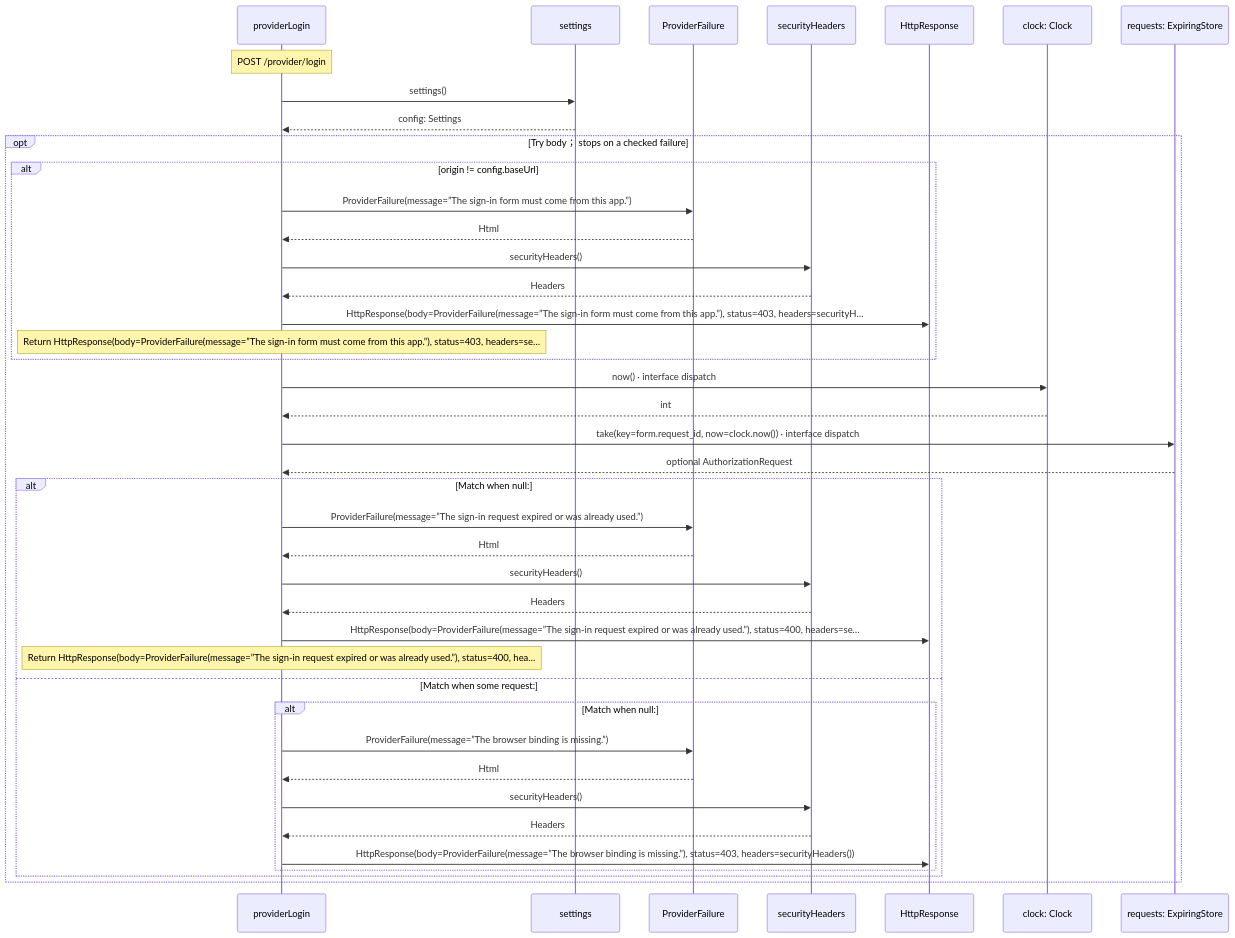
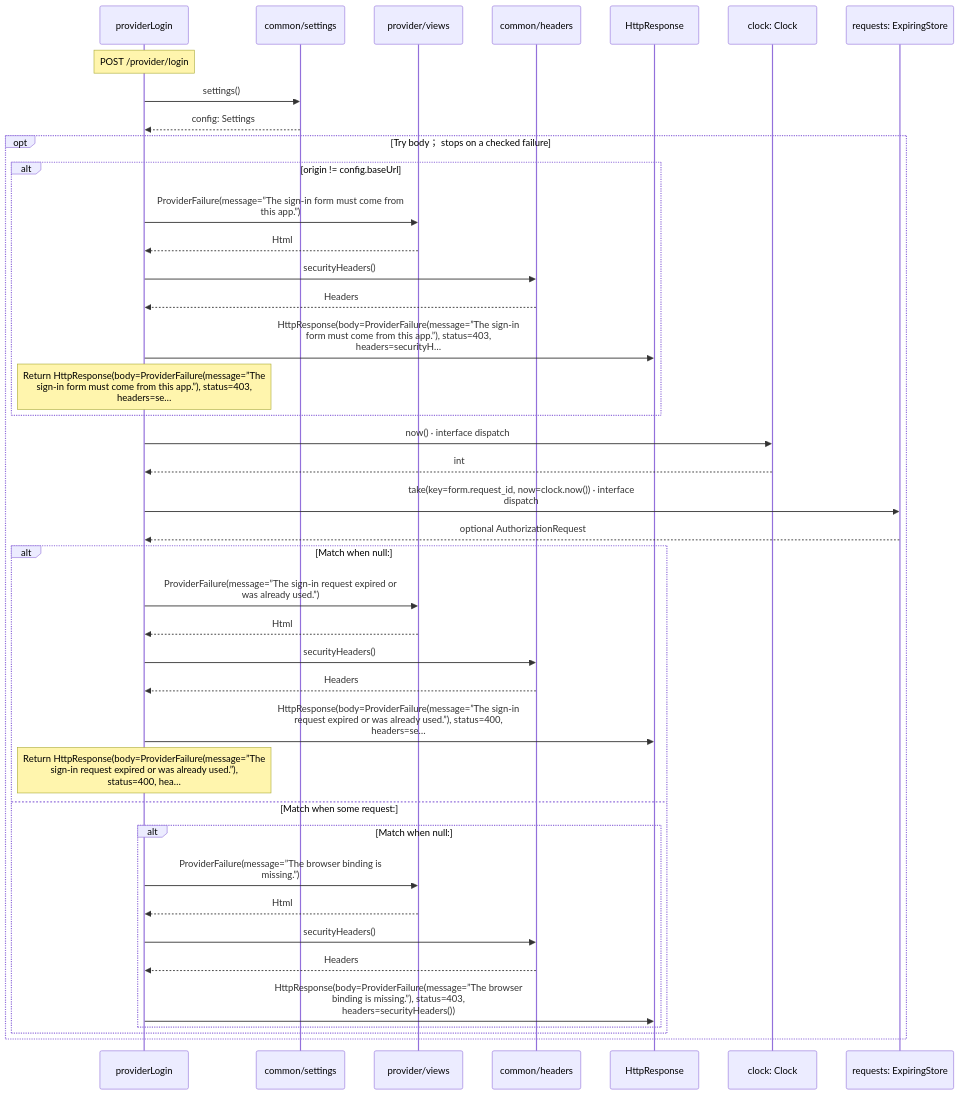
One commit to GreenPandaStudios/augscript changed the sixth of 9 diagrams in docs/examples/oidc-login/provider/authorization-diagrams.md. Above: the diagram before and after it, drawn with Mermaid. The commit also changed other lines of this file and 200 other files, not shown here.

Commit message:
Group imported operations and wrap readable sequence messages

````diff
--- a/docs/examples/oidc-login/provider/authorization-diagrams.md
+++ b/docs/examples/oidc-login/provider/authorization-diagrams.md
@@ -238,43 +229,43 @@
 ```mermaid
 sequenceDiagram
     participant p0 as providerLogin
-    participant p1 as settings
-    participant p2 as ProviderFailure
-    participant p3 as securityHeaders
+    participant p1 as common/settings
+    participant p2 as provider/views
+    participant p3 as common/headers
     participant p4 as HttpResponse
     participant p5 as clock: Clock
     participant p6 as requests: ExpiringStore
     Note over p0: POST /provider/login
     p0->>p1: settings()
     p1-->>p0: config: Settings
     opt Try body； stops on a checked failure
     alt origin != config.baseUrl
-    p0->>p2: ProviderFailure(message=”The sign-in form must come from this app.”)
+    p0->>p2: ProviderFailure(message=”The sign-in form must come from<br/>this app.”)
     p2-->>p0: Html
     p0->>p3: securityHeaders()
     p3-->>p0: Headers
-    p0->>p4: HttpResponse(body=ProviderFailure(message=”The sign-in form must come from this app.”), status=403, headers=securityH…
-    Note over p0: Return HttpResponse(body=ProviderFailure(message=”The sign-in form must come from this app.”), status=403, headers=se…
+    p0->>p4: HttpResponse(body=ProviderFailure(message=”The sign-in<br/>form must come from this app.”), status=403,<br/>headers=securityH…
+    Note over p0: Return HttpResponse(body=ProviderFailure(message=”The<br/>sign-in form must come from this app.”), status=403,<br/>headers=se…
     end
     p0->>p5: now() · interface dispatch
     p5-->>p0: int
-    p0->>p6: take(key=form.request_id, now=clock.now()) · interface dispatch
+    p0->>p6: take(key=form.request_id, now=clock.now()) · interface<br/>dispatch
     p6-->>p0: optional AuthorizationRequest
     alt Match when null:
-    p0->>p2: ProviderFailure(message=”The sign-in request expired or was already used.”)
+    p0->>p2: ProviderFailure(message=”The sign-in request expired or<br/>was already used.”)
     p2-->>p0: Html
     p0->>p3: securityHeaders()
     p3-->>p0: Headers
-    p0->>p4: HttpResponse(body=ProviderFailure(message=”The sign-in request expired or was already used.”), status=400, headers=se…
-    Note over p0: Return HttpResponse(body=ProviderFailure(message=”The sign-in request expired or was already used.”), status=400, hea…
+    p0->>p4: HttpResponse(body=ProviderFailure(message=”The sign-in<br/>request expired or was already used.”), status=400,<br/>headers=se…
+    Note over p0: Return HttpResponse(body=ProviderFailure(message=”The<br/>sign-in request expired or was already used.”),<br/>status=400, hea…
     else Match when some request:
     alt Match when null:
-    p0->>p2: ProviderFailure(message=”The browser binding is missing.”)
+    p0->>p2: ProviderFailure(message=”The browser binding is<br/>missing.”)
     p2-->>p0: Html
     p0->>p3: securityHeaders()
     p3-->>p0: Headers
-    p0->>p4: HttpResponse(body=ProviderFailure(message=”The browser binding is missing.”), status=403, headers=securityHeaders())
+    p0->>p4: HttpResponse(body=ProviderFailure(message=”The browser<br/>binding is missing.”), status=403,<br/>headers=securityHeaders())
     end
     end
     end
 ```
````
